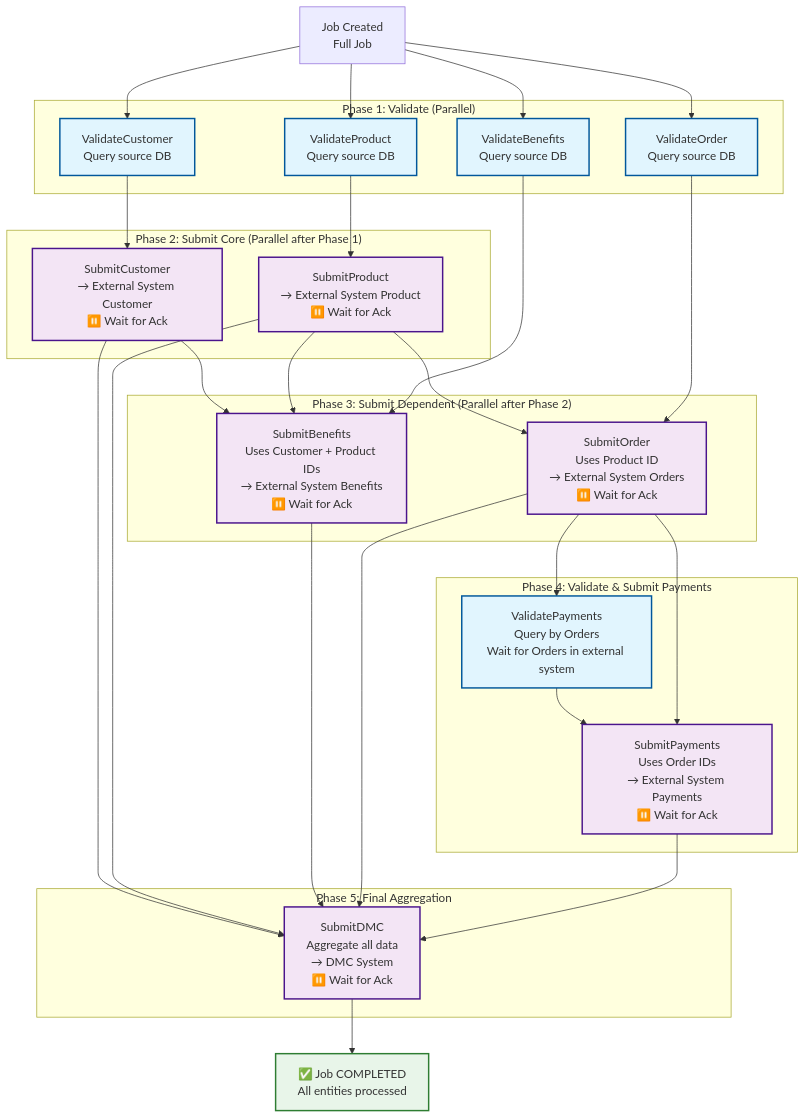
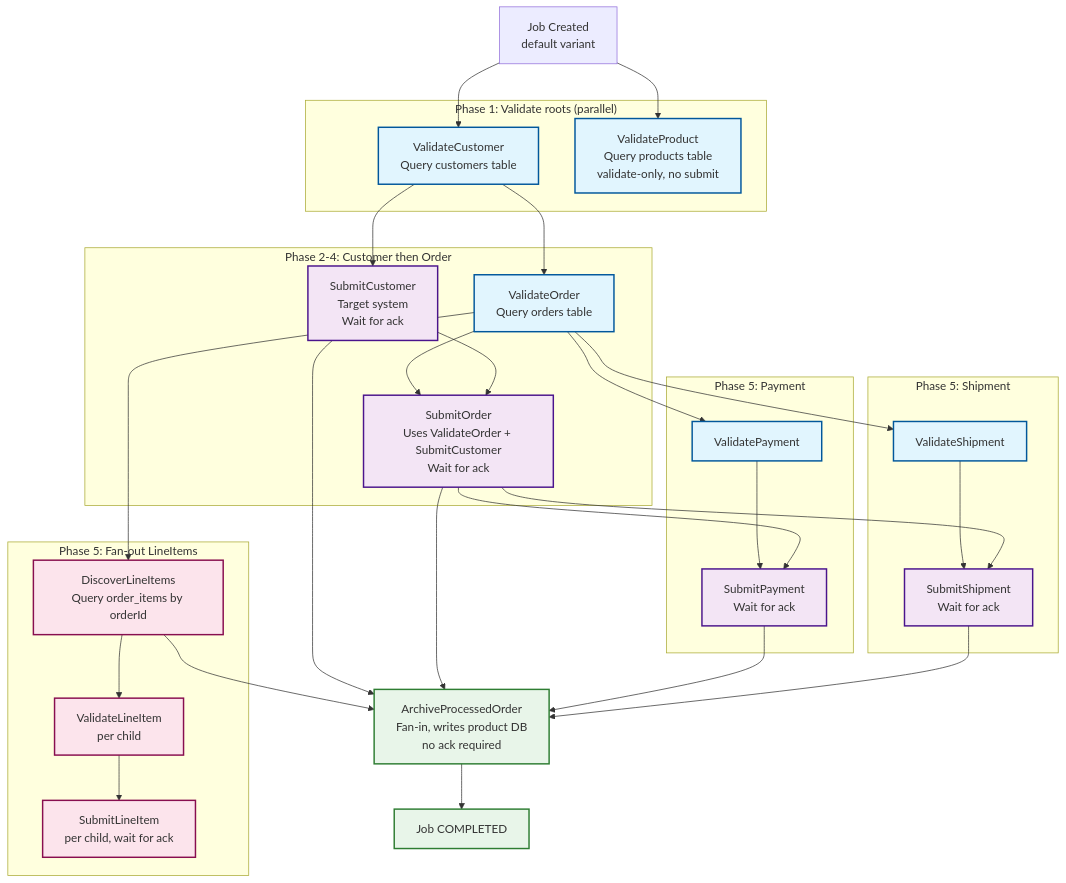
The ninth of 9 diagrams in docs/guides/system-architecture.md (inctasoft/setpoint-evals-dtm-examples), drawn with Mermaid before and after one commit. The commit also changed other lines of this file, not shown here.

First line of the commit message:
docs: rewrite stale ETL-era system-architecture.md section against real DAG (#13)

````diff
--- a/docs/guides/system-architecture.md
+++ b/docs/guides/system-architecture.md
@@ -1160,68 +1171,71 @@
 ```mermaid
 graph TB
-    START[Job Created<br/>Full Job]
+    START["Job Created<br/>default variant"]
 
-    subgraph "Phase 1: Validate (Parallel)"
-        E_CUSTOMER[ValidateCustomer<br/>Query source DB]
-        E_PRODUCT[ValidateProduct<br/>Query source DB]
-        E_BENEFITS[ValidateBenefits<br/>Query source DB]
-        E_ORDERS[ValidateOrder<br/>Query source DB]
+    subgraph "Phase 1: Validate roots (parallel)"
+        VC["ValidateCustomer<br/>Query customers table"]
+        VP["ValidateProduct<br/>Query products table<br/>validate-only, no submit"]
     end
 
-    subgraph "Phase 2: Submit Core (Parallel after Phase 1)"
-        T_CUSTOMER[SubmitCustomer<br/>→ External System Customer<br/>⏸️ Wait for Ack]
-        T_PRODUCT[SubmitProduct<br/>→ External System Product<br/>⏸️ Wait for Ack]
+    subgraph "Phase 2-4: Customer then Order"
+        SC["SubmitCustomer<br/>Target system<br/>Wait for ack"]
+        VO["ValidateOrder<br/>Query orders table"]
+        SO["SubmitOrder<br/>Uses ValidateOrder + SubmitCustomer<br/>Wait for ack"]
     end
 
-    subgraph "Phase 3: Submit Dependent (Parallel after Phase 2)"
-        T_BENEFITS[SubmitBenefits<br/>Uses Customer + Product IDs<br/>→ External System Benefits<br/>⏸️ Wait for Ack]
-        T_ORDERS[SubmitOrder<br/>Uses Product ID<br/>→ External System Orders<br/>⏸️ Wait for Ack]
+    subgraph "Phase 5: Fan-out LineItems"
+        DLI["DiscoverLineItems<br/>Query order_items by orderId"]
+        VLI["ValidateLineItem<br/>per child"]
+        SLI["SubmitLineItem<br/>per child, wait for ack"]
     end
 
-    subgraph "Phase 4: Validate & Submit Payments"
-        E_PAYMENTS[ValidatePayments<br/>Query by Orders<br/>Wait for Orders in external system]
-        T_PAYMENTS[SubmitPayments<br/>Uses Order IDs<br/>→ External System Payments<br/>⏸️ Wait for Ack]
+    subgraph "Phase 5: Payment"
+        VPAY["ValidatePayment"]
+        SPAY["SubmitPayment<br/>Wait for ack"]
     end
 
-    subgraph "Phase 5: Final Aggregation"
-        T_DMC[SubmitDMC<br/>Aggregate all data<br/>→ DMC System<br/>⏸️ Wait for Ack]
+    subgraph "Phase 5: Shipment"
+        VSHIP["ValidateShipment"]
+        SSHIP["SubmitShipment<br/>Wait for ack"]
     end
 
-    COMPLETE[✅ Job COMPLETED<br/>All entities processed]
+    ARCHIVE["ArchiveProcessedOrder<br/>Fan-in, writes product DB<br/>no ack required"]
+    COMPLETE["Job COMPLETED"]
 
-    START --> E_CUSTOMER
-    START --> E_PRODUCT
-    START --> E_BENEFITS
-    START --> E_ORDERS
+    START --> VC
+    START --> VP
 
-    E_CUSTOMER --> T_CUSTOMER
-    E_PRODUCT --> T_PRODUCT
+    VC --> SC
+    VC --> VO
+    VO --> SO
+    SC --> SO
 
-    T_CUSTOMER --> T_BENEFITS
-    T_PRODUCT --> T_BENEFITS
-    E_BENEFITS --> T_BENEFITS
+    VO --> DLI
+    DLI --> VLI
+    VLI --> SLI
 
-    T_PRODUCT --> T_ORDERS
-    E_ORDERS --> T_ORDERS
+    VO --> VPAY
+    VPAY --> SPAY
+    SO --> SPAY
 
-    T_ORDERS --> E_PAYMENTS
-    E_PAYMENTS --> T_PAYMENTS
-    T_ORDERS --> T_PAYMENTS
+    VO --> VSHIP
+    VSHIP --> SSHIP
+    SO --> SSHIP
 
-    T_CUSTOMER --> T_DMC
-    T_PRODUCT --> T_DMC
-    T_BENEFITS --> T_DMC
-    T_ORDERS --> T_DMC
-    T_PAYMENTS --> T_DMC
+    SC --> ARCHIVE
+    SO --> ARCHIVE
+    DLI --> ARCHIVE
+    SPAY --> ARCHIVE
+    SSHIP --> ARCHIVE
+    ARCHIVE --> COMPLETE
 
-    T_DMC --> COMPLETE
-
-    classDef extract fill:#e1f5fe,stroke:#01579b,stroke-width:2px
+    classDef validate fill:#e1f5fe,stroke:#01579b,stroke-width:2px
     classDef submit fill:#f3e5f5,stroke:#4a148c,stroke-width:2px
-    classDef waiting fill:#fff3e0,stroke:#ef6c00,stroke-width:2px
+    classDef fanout fill:#fce4ec,stroke:#880e4f,stroke-width:2px
     classDef complete fill:#e8f5e9,stroke:#2e7d32,stroke-width:2px
 
-    class E_CUSTOMER,E_PRODUCT,E_BENEFITS,E_ORDERS,E_PAYMENTS extract
-    class T_CUSTOMER,T_PRODUCT,T_BENEFITS,T_ORDERS,T_PAYMENTS,T_DMC submit
-    class COMPLETE complete
+    class VC,VP,VO,VPAY,VSHIP validate
+    class SC,SO,SPAY,SSHIP submit
+    class DLI,VLI,SLI fanout
+    class ARCHIVE,COMPLETE complete
 ```
````
